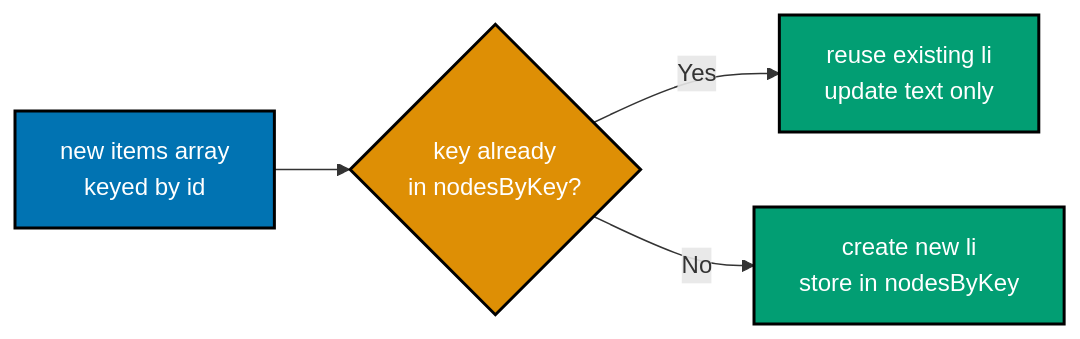
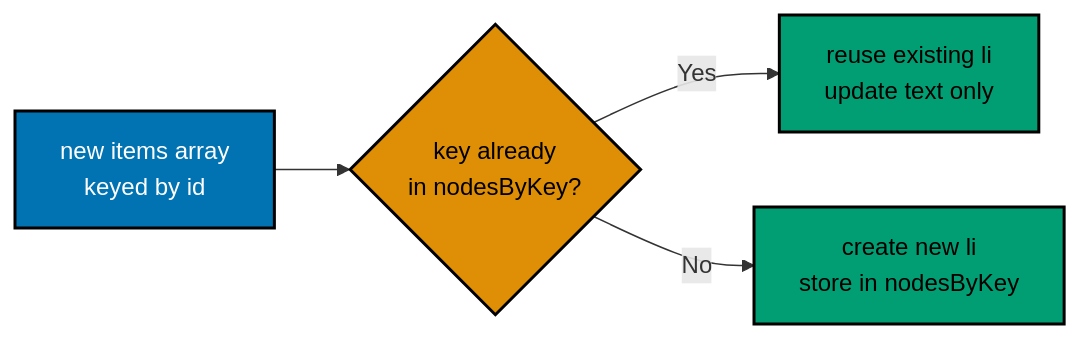
One commit to wahidyankf/ose-public changed diagram 14 of 14 in apps/ayokoding-www/content/en/learn/courses/frontend-essentials/learning/intermediate.md. Above: the diagram before and after it, drawn with Mermaid. The commit also changed other lines of this file and 144 other files, not shown here.

First line of the commit message:
fix(mermaid): bring the first half of the courses diagrams onto the accessible palette

````diff
--- a/apps/ayokoding-www/content/en/learn/courses/frontend-essentials/learning/intermediate.md
+++ b/apps/ayokoding-www/content/en/learn/courses/frontend-essentials/learning/intermediate.md
@@ -1542,11 +1578,14 @@
 ```mermaid
 %% Color Palette: Blue #0173B2, Orange #DE8F05, Teal #029E73
 flowchart LR
+    accTitle: Example 49: Keyed List Update
+    accDescr: Flowchart with 4 nodes and 3 connections. Nodes: new items array keyed by id, key already in nodesByKey?, reuse existing li update text only, create new li store in nodesByKey. Connections: new items array keyed by id to key already in nodesByKey?, key already in nodesByKey? to reuse existing li update text only (Yes), key already in nodesByKey? to create new li store in nodesByKey (No).
     A["new items array<br/>keyed by id"]:::blue --> B{"key already<br/>in nodesByKey?"}:::orange
     B -->|Yes| C["reuse existing li<br/>update text only"]:::teal
     B -->|No| D["create new li<br/>store in nodesByKey"]:::teal
 
     classDef blue fill:#0173B2,stroke:#000000,color:#FFFFFF,stroke-width:2px
-    classDef orange fill:#DE8F05,stroke:#000000,color:#FFFFFF,stroke-width:2px
-    classDef teal fill:#029E73,stroke:#000000,color:#FFFFFF,stroke-width:2px
+    classDef orange fill:#DE8F05,stroke:#000000,color:#000000,stroke-width:2px
+    classDef teal fill:#029E73,stroke:#000000,color:#000000,stroke-width:2px
+    classDef default fill:#FFFFFF,stroke:#000000,color:#000000
 ```
````
